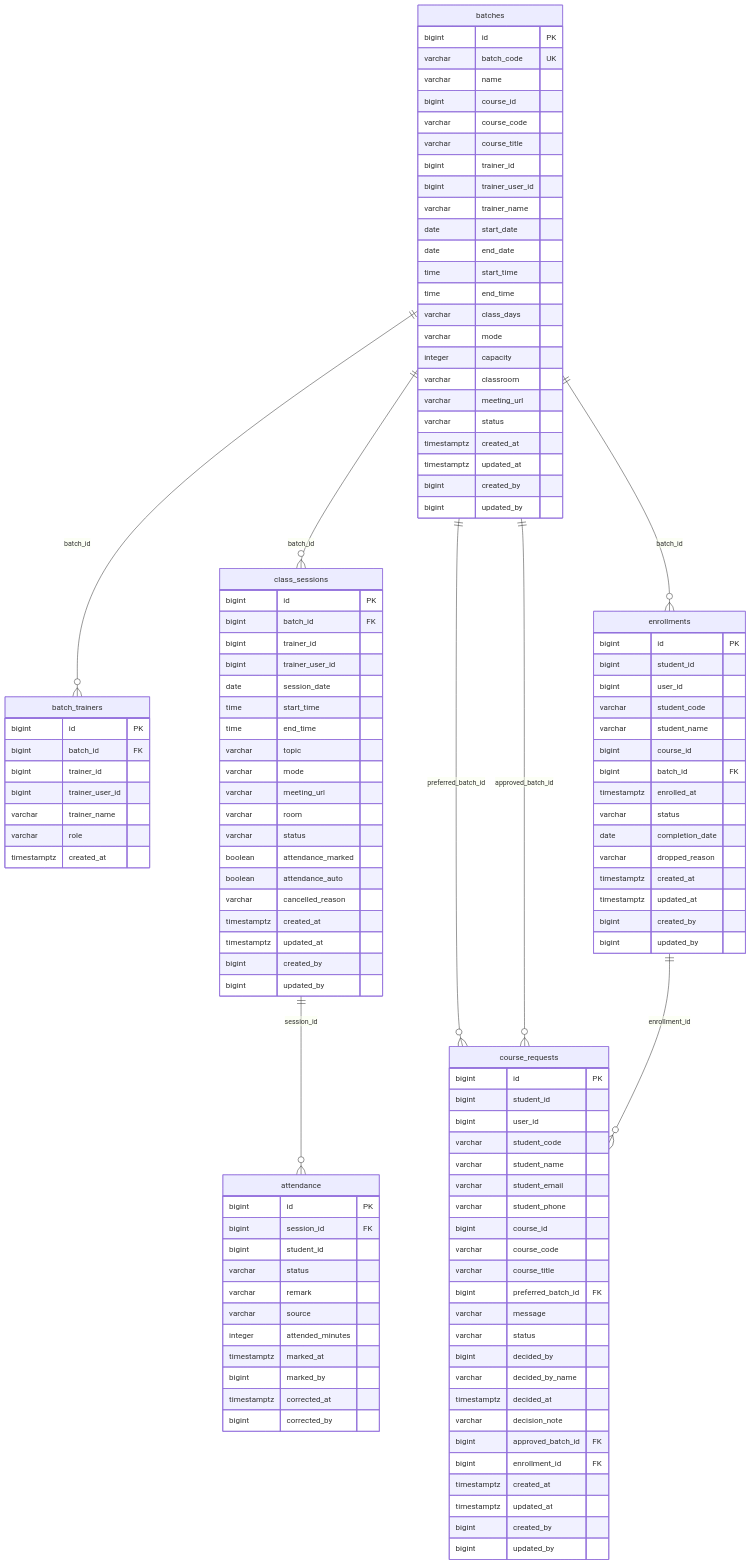
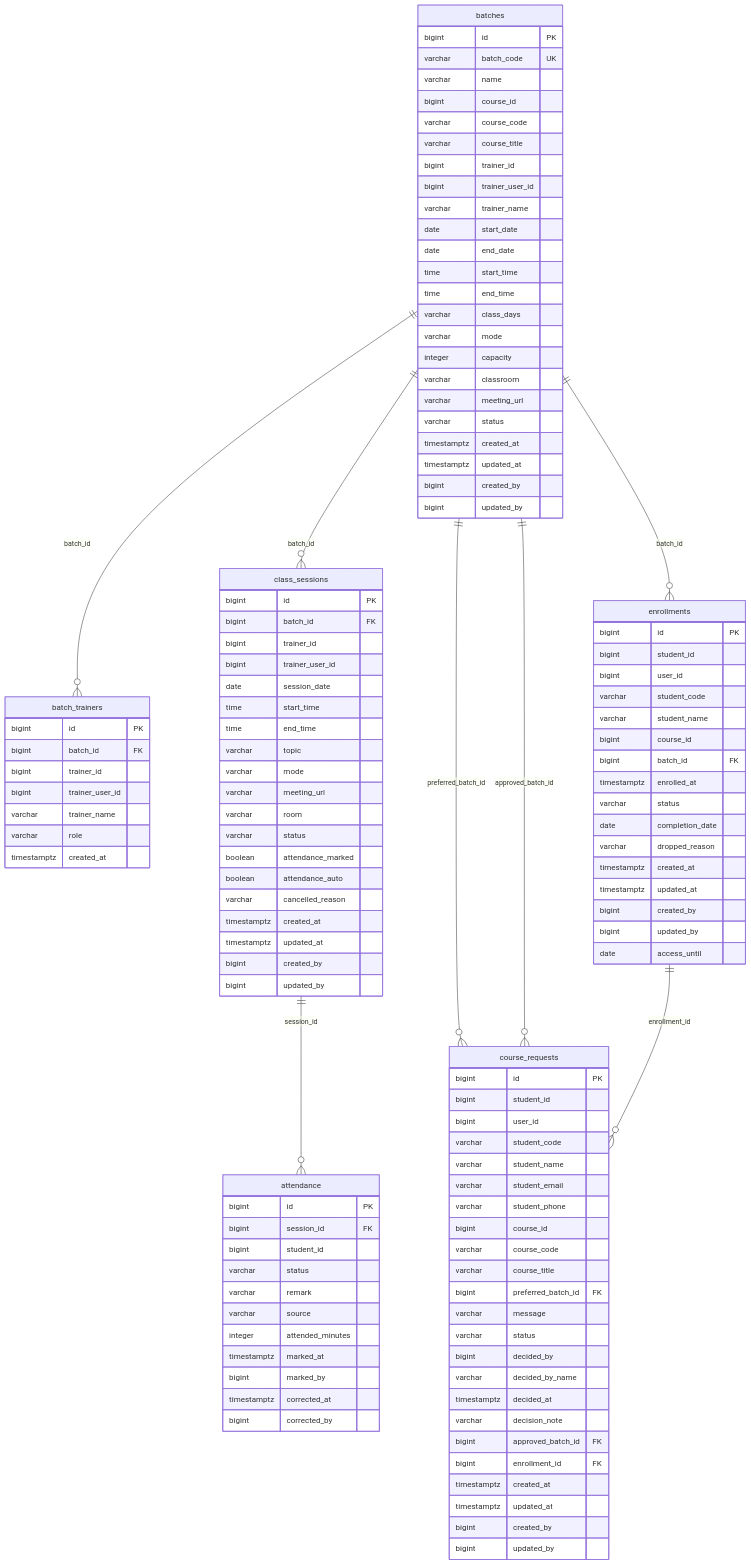
Before and after one commit to rohanrk2810/ITLMS: the diagram in docs/diagrams/db/batch.mmd, drawn with Mermaid. The commit also changed 23 other files, not shown here.

```diff
--- a/docs/diagrams/db/batch.mmd
+++ b/docs/diagrams/db/batch.mmd
@@ -1,118 +1,119 @@
 erDiagram
     attendance {
         bigint id PK
         bigint session_id FK
         bigint student_id
         varchar status
         varchar remark
         varchar source
         integer attended_minutes
         timestamptz marked_at
         bigint marked_by
         timestamptz corrected_at
         bigint corrected_by
     }
     batch_trainers {
         bigint id PK
         bigint batch_id FK
         bigint trainer_id
         bigint trainer_user_id
         varchar trainer_name
         varchar role
         timestamptz created_at
     }
     batches {
         bigint id PK
         varchar batch_code UK
         varchar name
         bigint course_id
         varchar course_code
         varchar course_title
         bigint trainer_id
         bigint trainer_user_id
         varchar trainer_name
         date start_date
         date end_date
         time start_time
         time end_time
         varchar class_days
         varchar mode
         integer capacity
         varchar classroom
         varchar meeting_url
         varchar status
         timestamptz created_at
         timestamptz updated_at
         bigint created_by
         bigint updated_by
     }
     class_sessions {
         bigint id PK
         bigint batch_id FK
         bigint trainer_id
         bigint trainer_user_id
         date session_date
         time start_time
         time end_time
         varchar topic
         varchar mode
         varchar meeting_url
         varchar room
         varchar status
         boolean attendance_marked
         boolean attendance_auto
         varchar cancelled_reason
         timestamptz created_at
         timestamptz updated_at
         bigint created_by
         bigint updated_by
     }
     course_requests {
         bigint id PK
         bigint student_id
         bigint user_id
         varchar student_code
         varchar student_name
         varchar student_email
         varchar student_phone
         bigint course_id
         varchar course_code
         varchar course_title
         bigint preferred_batch_id FK
         varchar message
         varchar status
         bigint decided_by
         varchar decided_by_name
         timestamptz decided_at
         varchar decision_note
         bigint approved_batch_id FK
         bigint enrollment_id FK
         timestamptz created_at
         timestamptz updated_at
         bigint created_by
         bigint updated_by
     }
     enrollments {
         bigint id PK
         bigint student_id
         bigint user_id
         varchar student_code
         varchar student_name
         bigint course_id
         bigint batch_id FK
         timestamptz enrolled_at
         varchar status
         date completion_date
         varchar dropped_reason
         timestamptz created_at
         timestamptz updated_at
         bigint created_by
         bigint updated_by
+        date access_until
     }
     class_sessions ||--o{ attendance : "session_id"
     batches ||--o{ batch_trainers : "batch_id"
     batches ||--o{ class_sessions : "batch_id"
     batches ||--o{ course_requests : "preferred_batch_id"
     batches ||--o{ course_requests : "approved_batch_id"
     enrollments ||--o{ course_requests : "enrollment_id"
     batches ||--o{ enrollments : "batch_id"
```
